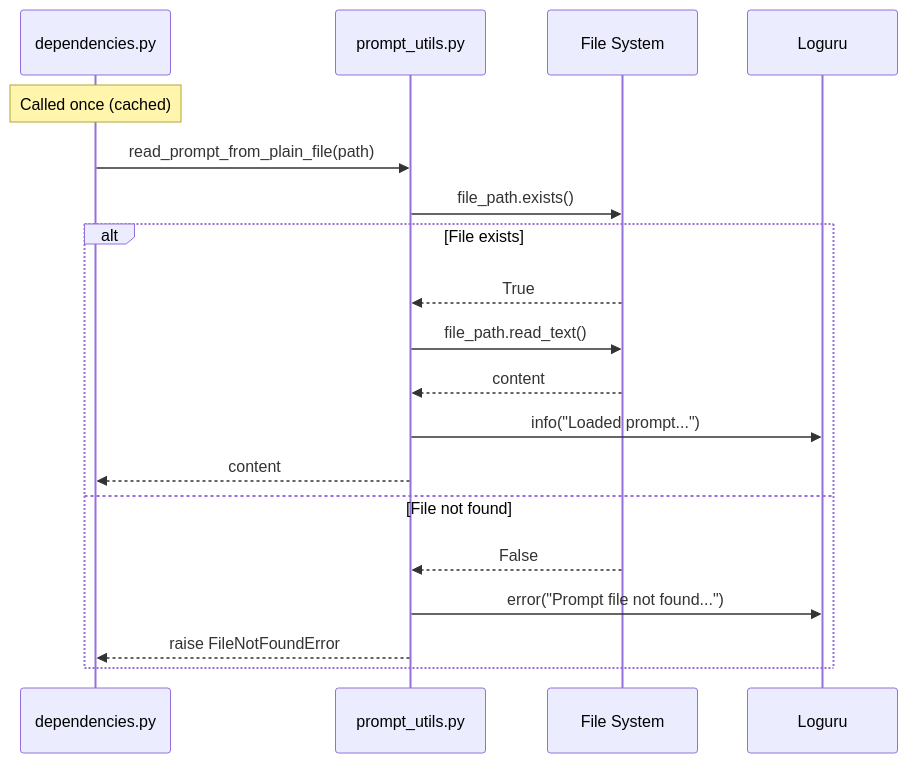
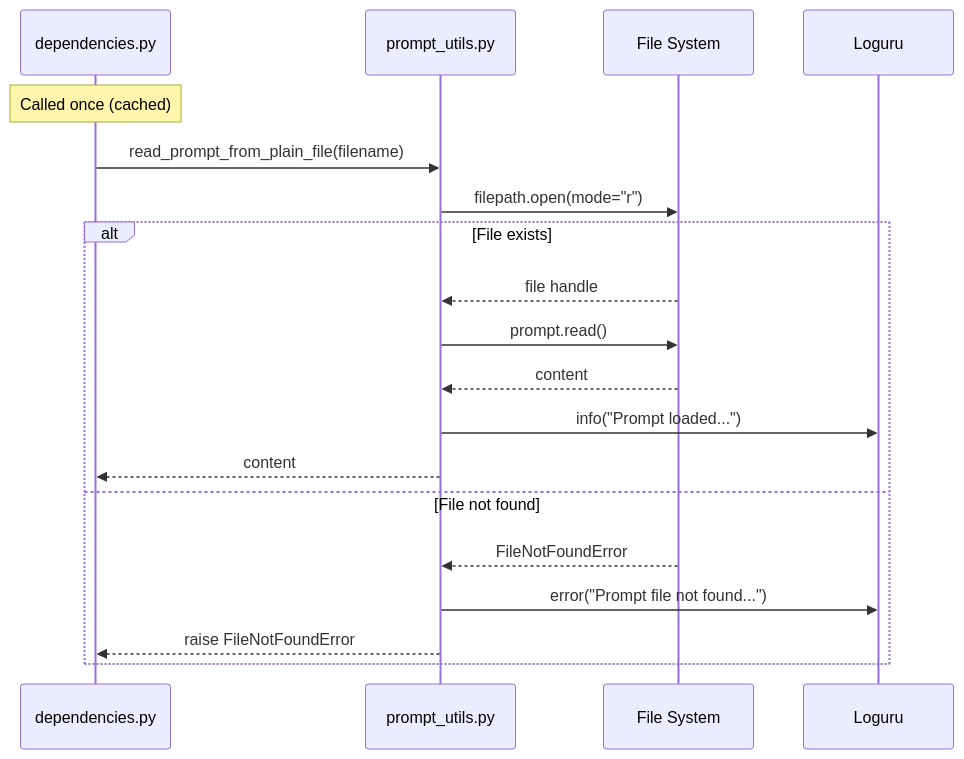
Before and after one commit to akosgintl/colpali-rag-app: the second of 3 diagrams in docs/modules/utils.md, drawn with Mermaid. The commit also changed other lines of this file and 42 other files, not shown here.

````diff
--- a/docs/modules/utils.md
+++ b/docs/modules/utils.md
@@ -68,23 +68,23 @@
 ```mermaid
 sequenceDiagram
     participant Deps as dependencies.py
     participant Utils as prompt_utils.py
     participant FS as File System
     participant Logger as Loguru
 
     Note over Deps: Called once (cached)
-    Deps->>Utils: read_prompt_from_plain_file(path)
+    Deps->>Utils: read_prompt_from_plain_file(filename)
 
-    Utils->>FS: file_path.exists()
+    Utils->>FS: filepath.open(mode="r")
     alt File exists
-        FS-->>Utils: True
-        Utils->>FS: file_path.read_text()
+        FS-->>Utils: file handle
+        Utils->>FS: prompt.read()
         FS-->>Utils: content
-        Utils->>Logger: info("Loaded prompt...")
+        Utils->>Logger: info("Prompt loaded...")
         Utils-->>Deps: content
     else File not found
-        FS-->>Utils: False
+        FS-->>Utils: FileNotFoundError
         Utils->>Logger: error("Prompt file not found...")
         Utils-->>Deps: raise FileNotFoundError
     end
 ```
````
